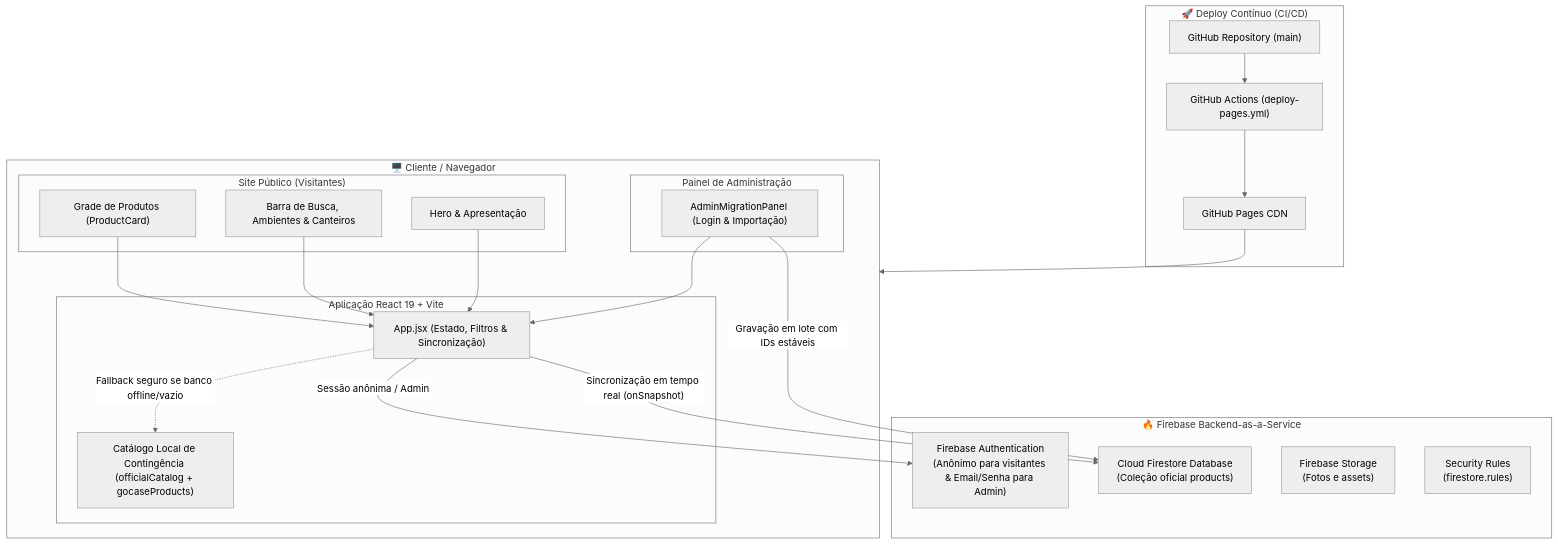
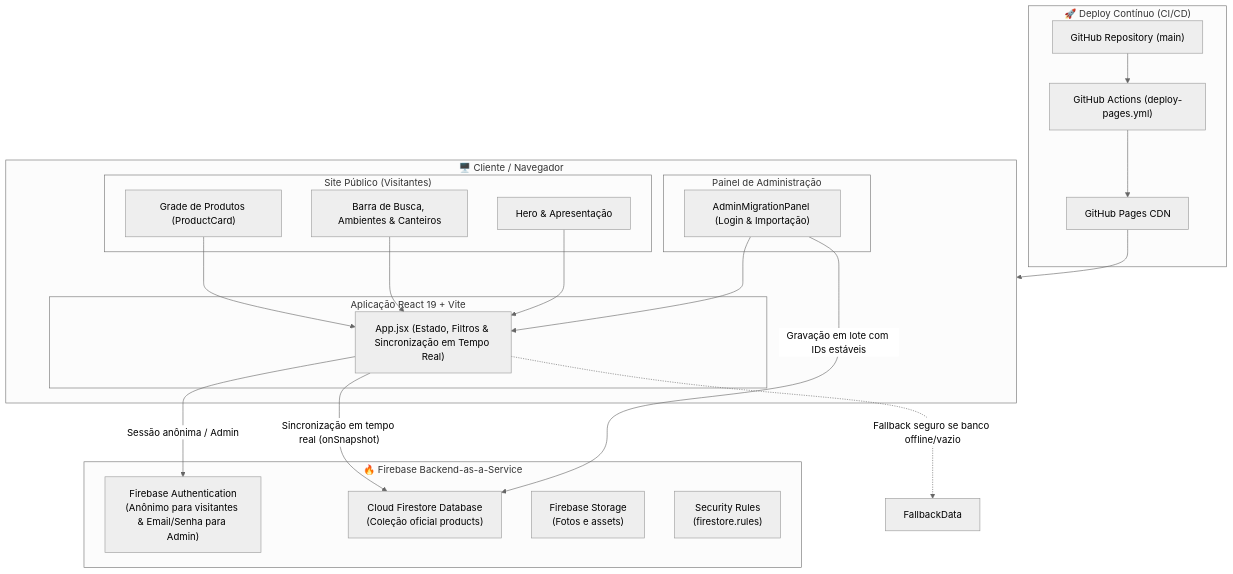
The first of 2 diagrams in README.md (michelejoohann/jardim-dos-presentes), drawn with Mermaid (neutral theme) before and after one commit. The commit also changed other lines of this file and 8 other files, not shown here.

````diff
--- a/README.md
+++ b/README.md
@@ -12,44 +12,43 @@
 ```mermaid
 graph TB
     subgraph Client ["🖥️ Cliente / Navegador"]
         subgraph PublicUI ["Site Público (Visitantes)"]
             Hero["Hero & Apresentação"]
             Toolbar["Barra de Busca, Ambientes & Canteiros"]
             Grid["Grade de Produtos (ProductCard)"]
         end
         subgraph AdminUI ["Painel de Administração"]
             AdminPanel["AdminMigrationPanel (Login & Importação)"]
         end
         subgraph CoreApp ["Aplicação React 19 + Vite"]
-            App["App.jsx (Estado, Filtros & Sincronização)"]
-            FallbackData["Catálogo Local de Contingência (officialCatalog + gocaseProducts)"]
+            App["App.jsx (Estado, Filtros & Sincronização em Tempo Real)"]
         end
     end
 
     subgraph FirebaseServices ["🔥 Firebase Backend-as-a-Service"]
         Auth["Firebase Authentication<br/>(Anônimo para visitantes & Email/Senha para Admin)"]
         Firestore["Cloud Firestore Database<br/>(Coleção oficial products)"]
         Storage["Firebase Storage<br/>(Fotos e assets)"]
         Rules["Security Rules<br/>(firestore.rules)"]
     end
 
     subgraph HostingPipeline ["🚀 Deploy Contínuo (CI/CD)"]
         GHRepo["GitHub Repository (main)"]
         GHActions["GitHub Actions (deploy-pages.yml)"]
         GHPages["GitHub Pages CDN"]
     end
 
     Grid --> App
     Toolbar --> App
     Hero --> App
     AdminPanel --> App
 
     App -- "Sessão anônima / Admin" --> Auth
     App -- "Sincronização em tempo real (onSnapshot)" --> Firestore
     AdminPanel -- "Gravação em lote com IDs estáveis" --> Firestore
     App -. "Fallback seguro se banco offline/vazio" .-> FallbackData
 
     GHRepo --> GHActions
     GHActions --> GHPages
     GHPages --> Client
 ```
````
